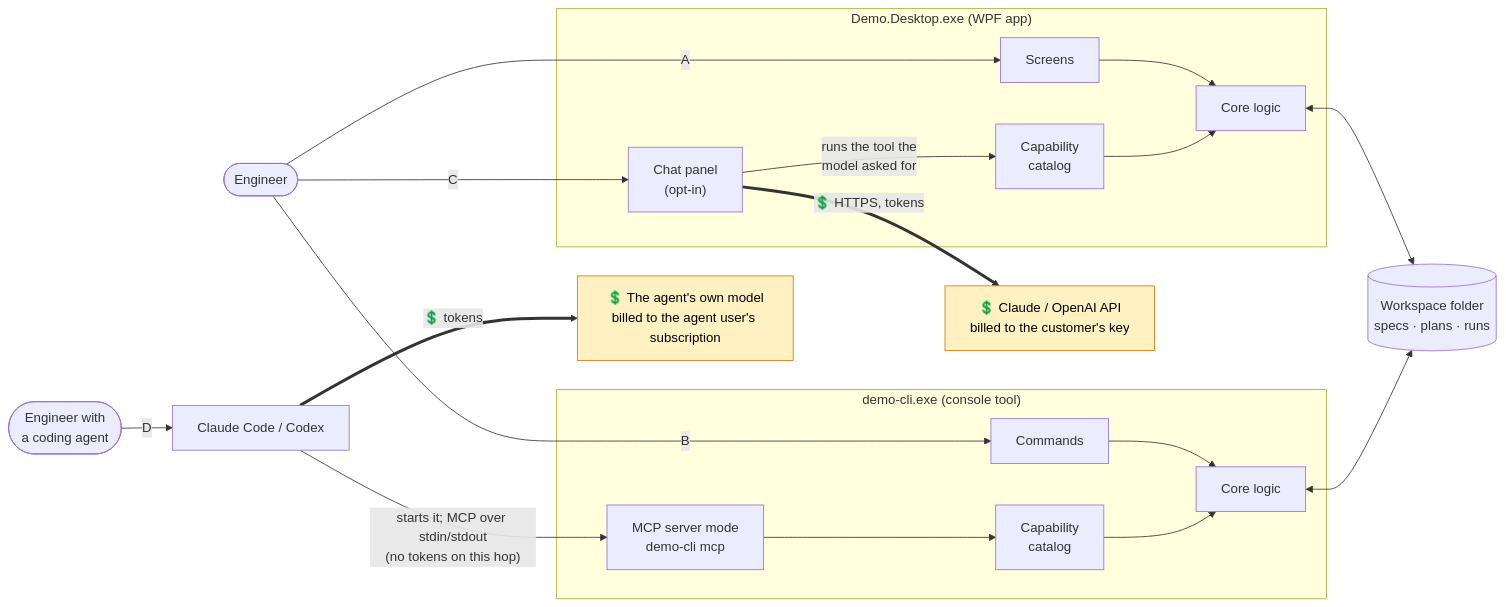
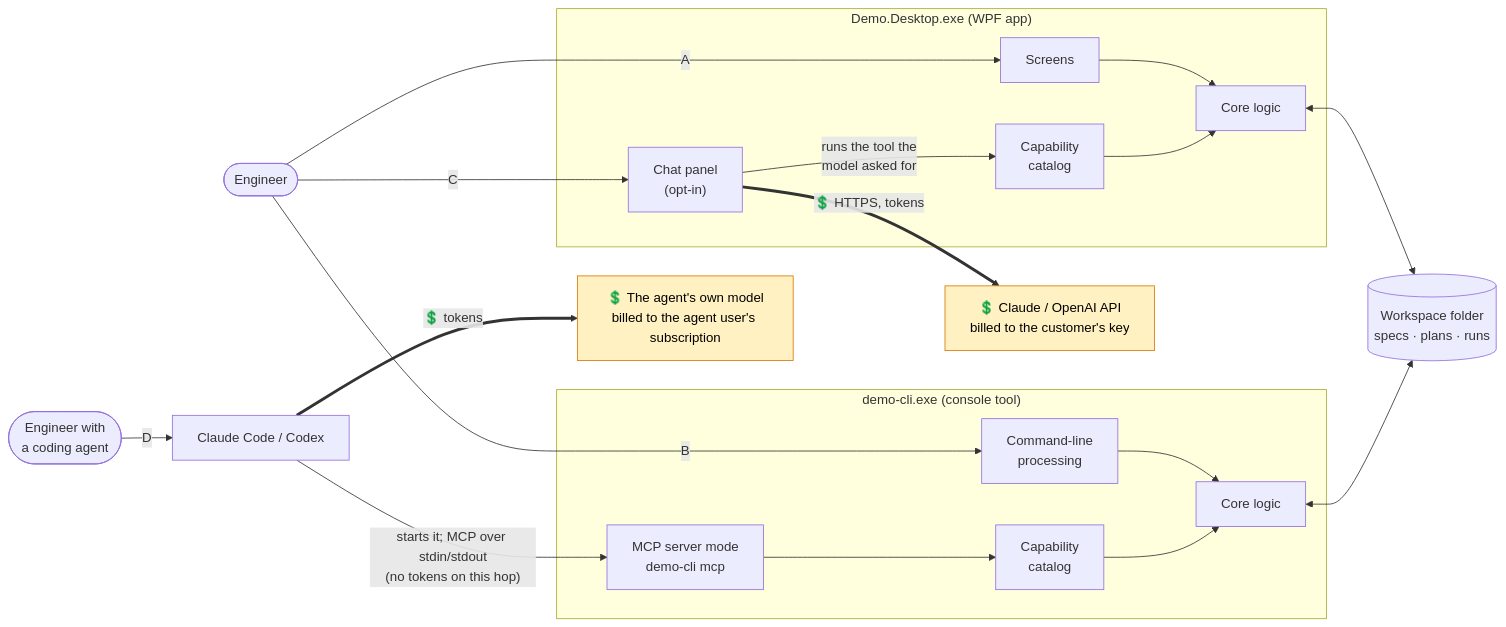
The diagram in README.md (RelentlessOldMan/ChatbotAddonDemo), drawn with Mermaid before and after one commit. The commit also changed 1 other file, not shown here.

Commit message:
Docs: label the console tool's Commands box as command-line processing

Claude-Session: https://claude.ai/code/session_01RqCrBPJkyojDMLP4z7v4oY

````diff
--- a/README.md
+++ b/README.md
@@ -20,37 +20,37 @@
 ```mermaid
 flowchart LR
     eng(["Engineer"])
     dev(["Engineer with<br/>a coding agent"])
 
     subgraph desktop["Demo.Desktop.exe (WPF app)"]
         ui["Screens"]
         chat["Chat panel<br/>(opt-in)"]
         dcap["Capability<br/>catalog"]
         dlogic["Core logic"]
     end
     subgraph cli["demo-cli.exe (console tool)"]
-        cmds["Commands"]
+        cmds["Command-line<br/>processing"]
         mcp["MCP server mode<br/>demo-cli mcp"]
         ccap["Capability<br/>catalog"]
         clogic["Core logic"]
     end
 
     llm["💲 Claude / OpenAI API<br/>billed to the customer's key"]
     agent["Claude Code / Codex"]
     agentllm["💲 The agent's own model<br/>billed to the agent user's subscription"]
     ws[("Workspace folder<br/>specs · plans · runs")]
 
     eng -- A --> ui --> dlogic
     eng -- B --> cmds --> clogic
     eng -- C --> chat
     chat == "💲 HTTPS, tokens" ==> llm
     chat -- "runs the tool the<br/>model asked for" --> dcap --> dlogic
     dev -- D --> agent
     agent == "💲 tokens" ==> agentllm
     agent -- "starts it; MCP over stdin/stdout<br/>(no tokens on this hop)" --> mcp --> ccap --> clogic
     dlogic <--> ws
     clogic <--> ws
 
     classDef paid fill:#fff1c2,stroke:#d97706,color:#000
     class llm,agentllm paid
 ```
````
